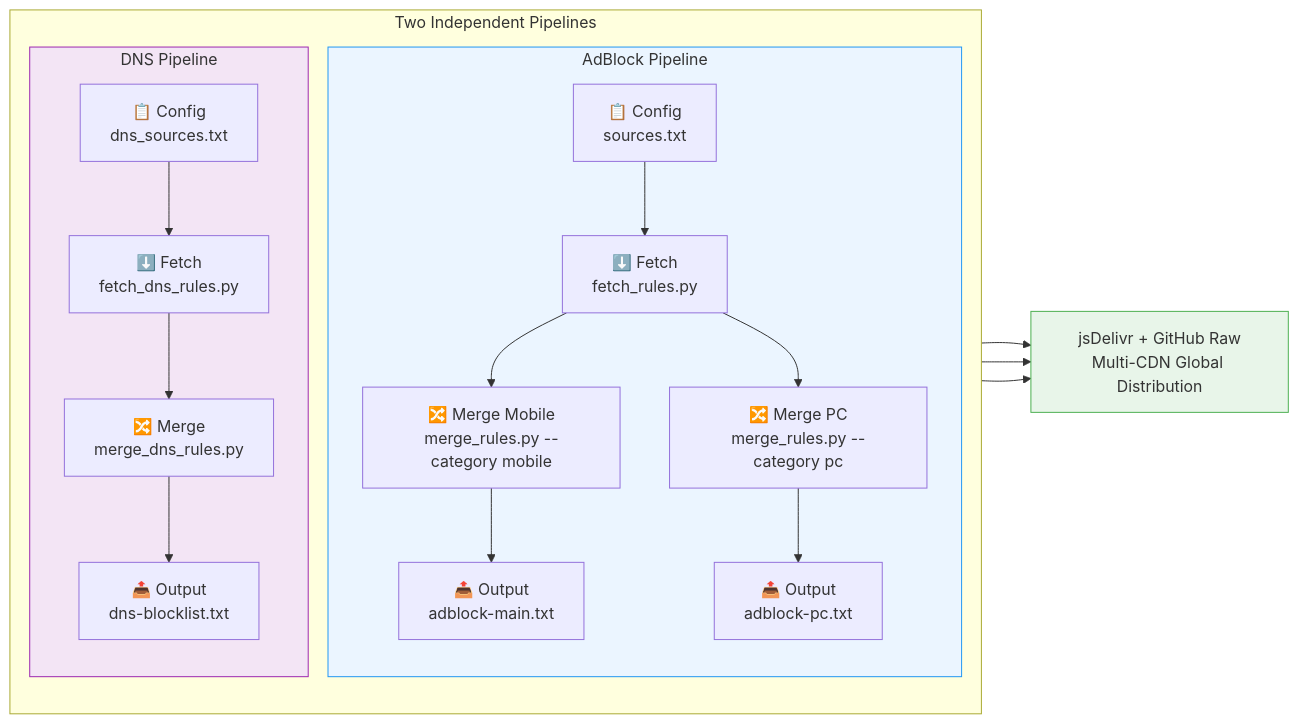
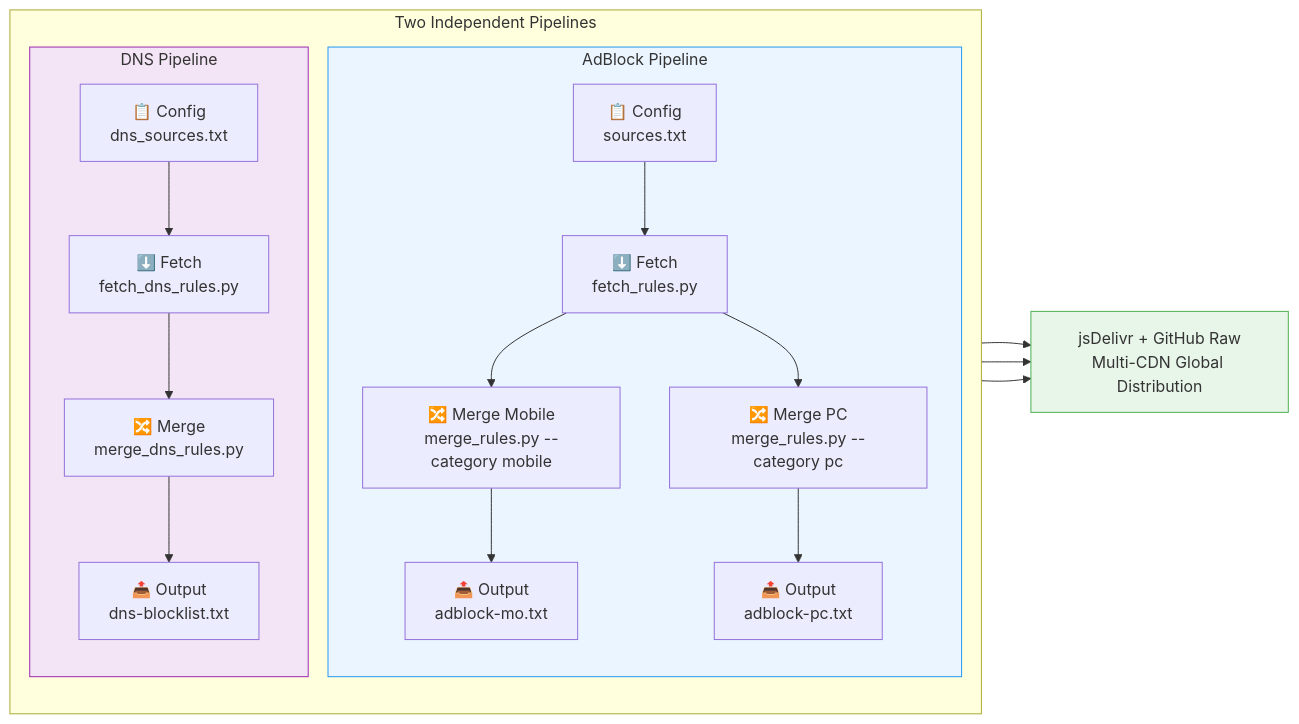
Before and after one commit to Chaniug/FilterFusion: the first of 2 diagrams in README_EN.md, drawn with Mermaid. The commit also changed other lines of this file and 9 other files, not shown here.

````diff
--- a/README_EN.md
+++ b/README_EN.md
@@ -154,25 +154,25 @@
 ```mermaid
 flowchart LR
     subgraph PIPE["Two Independent Pipelines"]
         direction TB
         subgraph AD["AdBlock Pipeline"]
             A1["📋 Config<br/>sources.txt"] --> A2["⬇️ Fetch<br/>fetch_rules.py"]
             A2 --> A3a["🔀 Merge Mobile<br/>merge_rules.py --category mobile"]
             A2 --> A3b["🔀 Merge PC<br/>merge_rules.py --category pc"]
-            A3a --> A4a["📤 Output<br/>adblock-main.txt"]
+            A3a --> A4a["📤 Output<br/>adblock-mo.txt"]
             A3b --> A4b["📤 Output<br/>adblock-pc.txt"]
         end
         subgraph DNS["DNS Pipeline"]
             D1["📋 Config<br/>dns_sources.txt"] --> D2["⬇️ Fetch<br/>fetch_dns_rules.py"]
             D2 --> D3["🔀 Merge<br/>merge_dns_rules.py"]
             D3 --> D4["📤 Output<br/>dns-blocklist.txt"]
         end
     end
     A4a --> CDN["jsDelivr + GitHub Raw<br/>Multi-CDN Global Distribution"]
     A4b --> CDN
     D4 --> CDN
 
     style AD fill:#ebf5ff,stroke:#2196f3
     style DNS fill:#f3e5f5,stroke:#9c27b0
     style CDN fill:#e8f5e9,stroke:#4caf50
 ```
````
